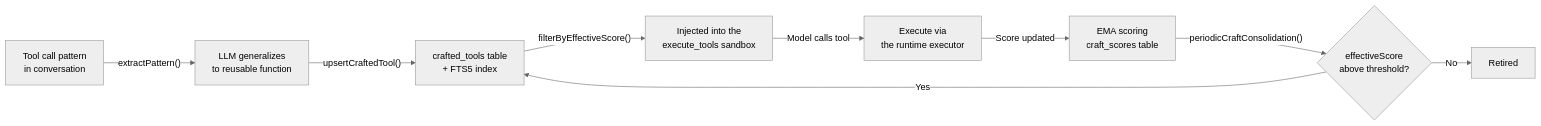
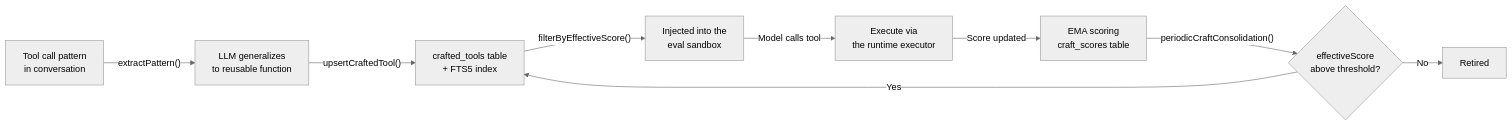
The second of 2 diagrams in docs/EVOLUTION.md (AshishKumar4/kinu), drawn with Mermaid (neutral theme) before and after one commit. The commit also changed other lines of this file and 201 other files, not shown here.

First line of the commit message:
refactor(tools): the codemode tool is eval

````diff
--- a/docs/EVOLUTION.md
+++ b/docs/EVOLUTION.md
@@ -352,11 +352,11 @@
 ```mermaid
 graph LR
     A[Tool call pattern<br/>in conversation] -->|"extractPattern()"| B[LLM generalizes<br/>to reusable function]
     B -->|"upsertCraftedTool()"| C[crafted_tools table<br/>+ FTS5 index]
-    C -->|"filterByEffectiveScore()"| D[Injected into the<br/>execute_tools sandbox]
+    C -->|"filterByEffectiveScore()"| D[Injected into the<br/>eval sandbox]
     D -->|"Model calls tool"| E[Execute via<br/>the runtime executor]
     E -->|"Score updated"| F[EMA scoring<br/>craft_scores table]
     F -->|"periodicCraftConsolidation()"| G{effectiveScore<br/>above threshold?}
     G -->|Yes| C
     G -->|No| H[Retired]
 ```
````
